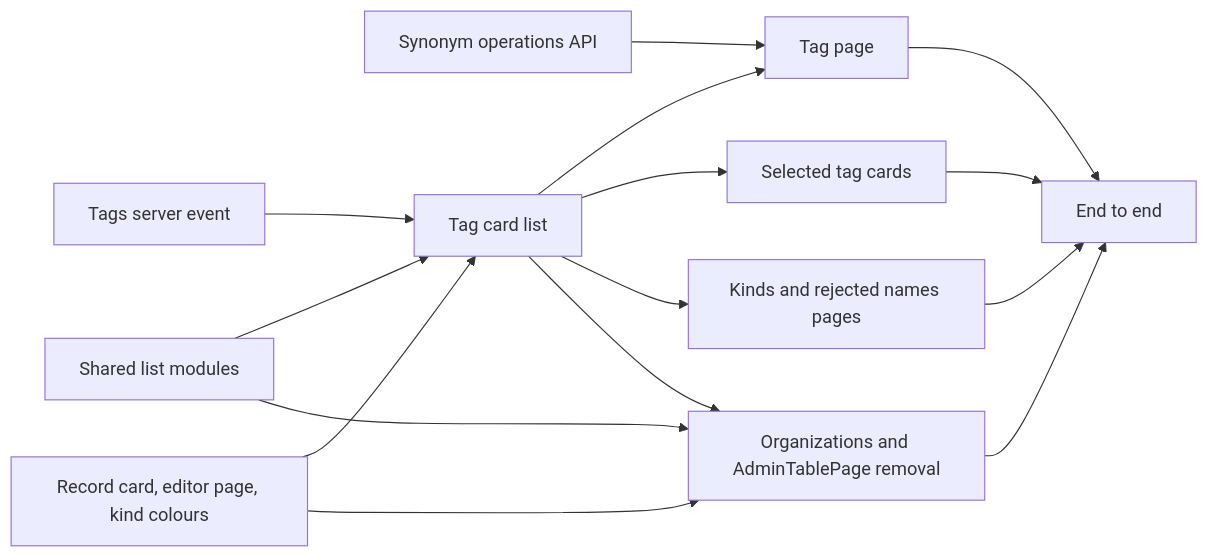
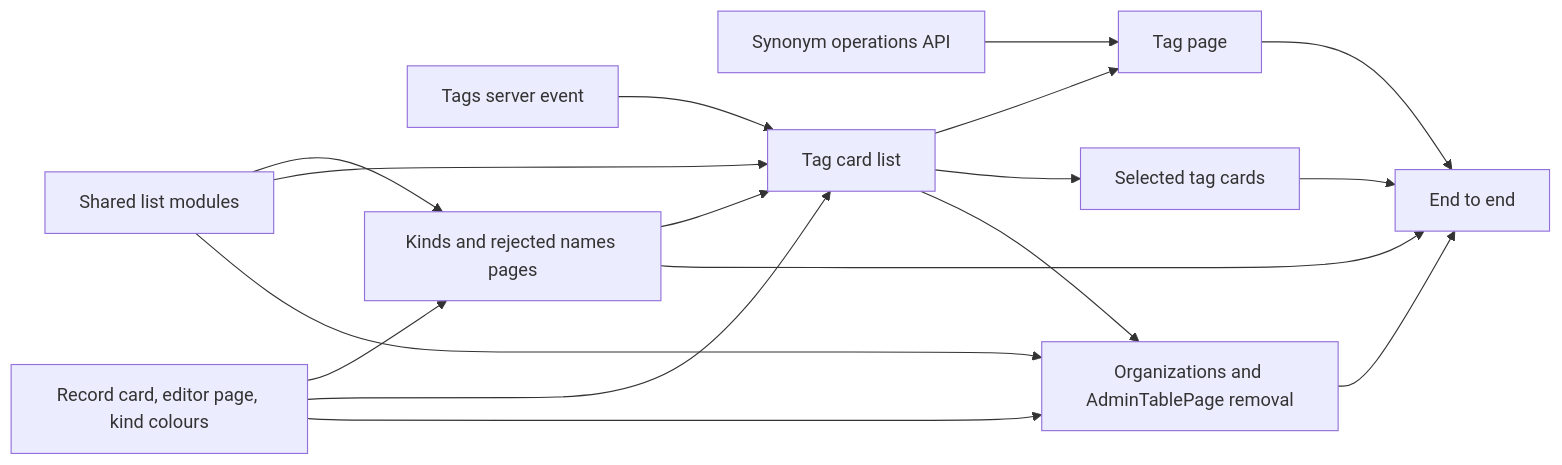
Before and after one commit to syudead/vv: the fourth of 4 diagrams in specs/070-tag-workbench/plan.md, drawn with Mermaid. The commit also changed other lines of this file and 1 other file, not shown here.

First line of the commit message:
Add a tag read, list snapshot and earlier kinds pages to the plan

````diff
--- a/specs/070-tag-workbench/plan.md
+++ b/specs/070-tag-workbench/plan.md
@@ -256,17 +260,19 @@
 ```mermaid
 flowchart LR
   ops[Synonym operations API] --> page[Tag page]
   ev[Tags server event] --> list[Tag card list]
-  move[Shared list modules] --> list
-  ds[Record card, editor page, kind colours] --> list
+  move[Shared list modules] --> views[Kinds and rejected names pages]
+  ds[Record card, editor page, kind colours] --> views
+  views --> list
+  move --> list
+  ds --> list
   list --> page
   list --> bulk[Selected tag cards]
-  list --> views[Kinds and rejected names pages]
   move --> orgs[Organizations and AdminTablePage removal]
   ds --> orgs
   list --> orgs
   page --> e2e[End to end]
   bulk --> e2e
   views --> e2e
   orgs --> e2e
 ```
````
